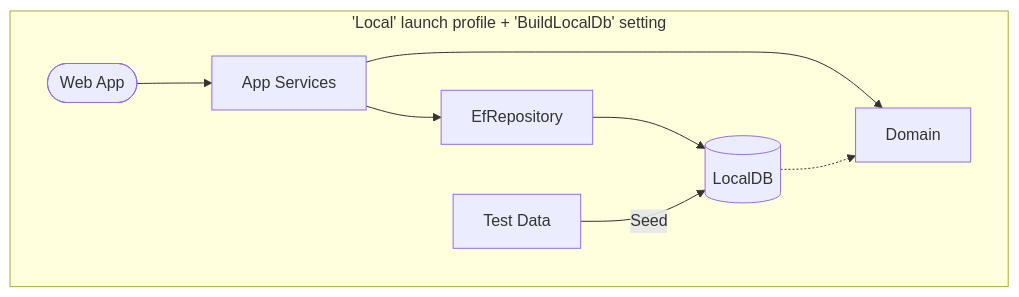
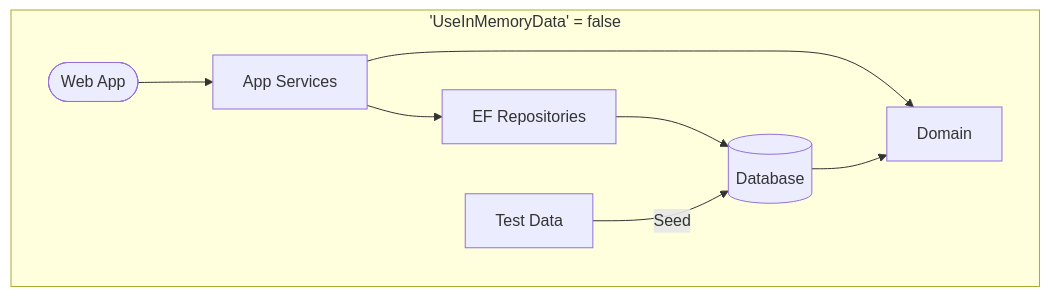
Before and after one commit to gaepdit/sbeap: the second of 3 diagrams in README.md, drawn with Mermaid. The commit also changed other lines of this file and 118 other files, not shown here.

````diff
--- a/README.md
+++ b/README.md
@@ -116,19 +124,19 @@
 ```mermaid
 flowchart LR
-    subgraph SPB["'Local' launch profile + 'BuildLocalDb' setting"]
+    subgraph SPB["'UseInMemoryData' = false"]
         direction LR
         D[Domain]
         T[Test Data]
-        R[EfRepository]
+        R[EF Repositories]
         A[App Services]
         W([Web App])
-        B[(LocalDB)]
+        B[(Database)]
 
         W --> A
         A --> D
         R --> B
         A --> R
         T -->|Seed| B
-        B -.-> D
+        B --> D
     end
 ```
````
